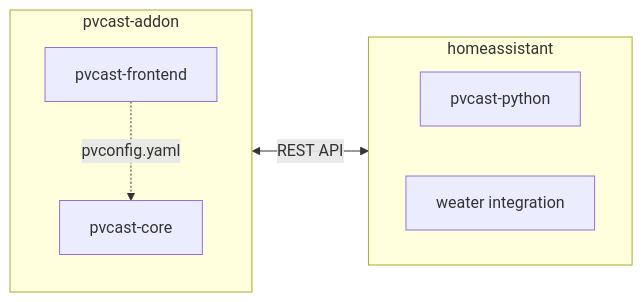
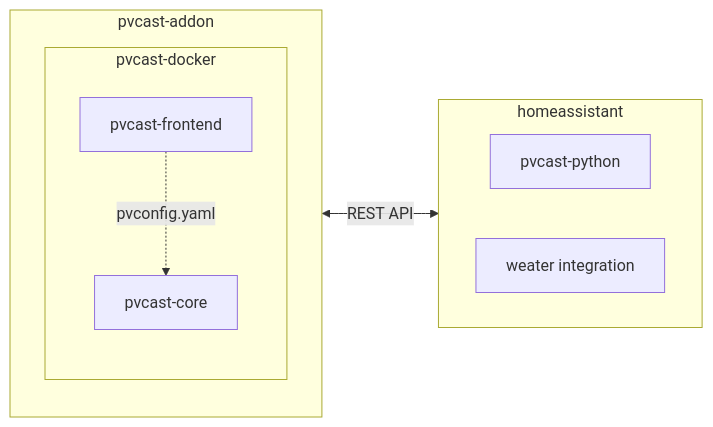
One commit to HALocalSolar/pvcast-core changed the first of 2 diagrams in README.md. Above: the diagram before and after it, drawn with Mermaid. The commit also changed 67 other files, not shown here.

````diff
--- a/README.md
+++ b/README.md
@@ -5,20 +5,22 @@
 ```mermaid
 flowchart LR
 
     subgraph pvcast-addon
-        direction TB
-        B[pvcast-core]
-        F[pvcast-frontend]
+        subgraph pvcast-docker
+            direction TB
+            B[pvcast-core]
+            F[pvcast-frontend]
 
-        F .->|pvconfig.yaml| B
+            F .->|pvconfig.yaml| B
+        end
     end
 
     subgraph homeassistant
         C[pvcast-python]
         E[weater integration]
 
         direction RL
     end
 
 pvcast-addon <-->|REST API| homeassistant
 ```
````
